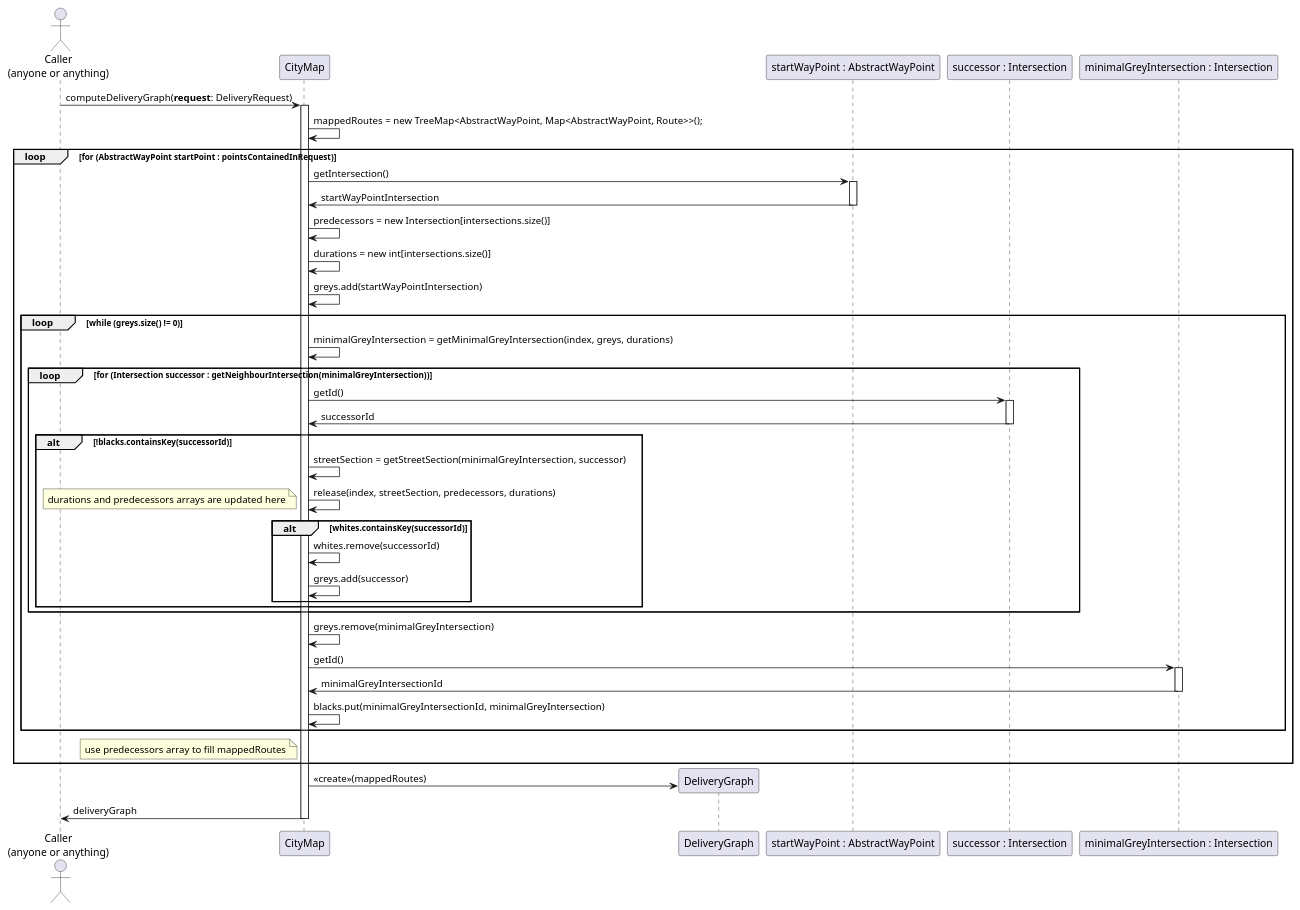
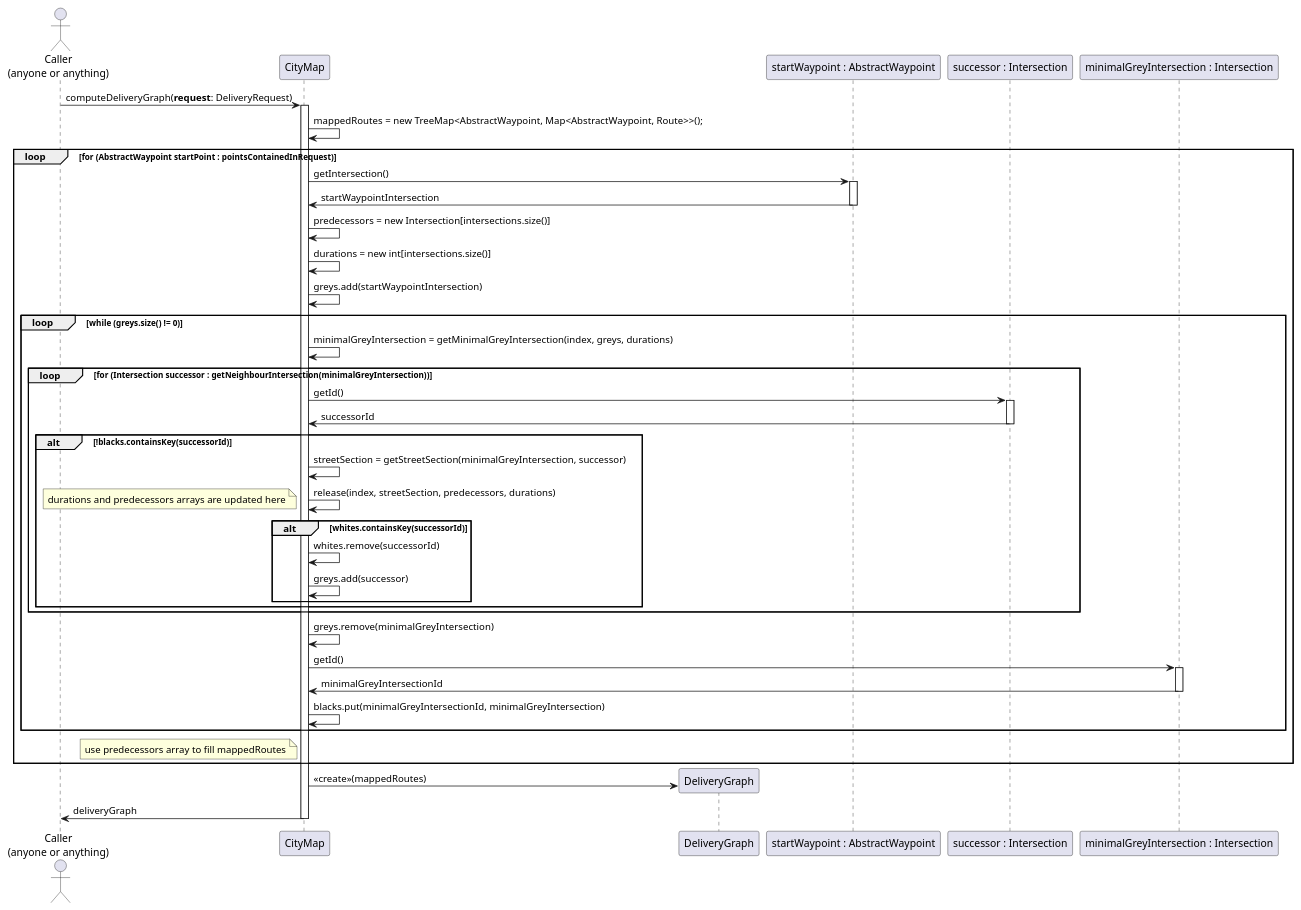
Before and after one commit to if-h4102/pld-agile: the diagram in docs/uml/sequence-diagram-dijkstra.puml, drawn with PlantUML. The commit also changed 39 other files, not shown here.

```diff
--- a/docs/uml/sequence-diagram-dijkstra.puml
+++ b/docs/uml/sequence-diagram-dijkstra.puml
@@ -1,56 +1,56 @@
 @startuml
 actor "Caller\n(anyone or anything)" as CPS
 participant CityMap as CM
 participant DeliveryGraph as DG
-participant "startWayPoint : AbstractWayPoint" as SWP
+participant "startWaypoint : AbstractWaypoint" as SWP
 participant "successor : Intersection" as S
 participant "minimalGreyIntersection : Intersection" as MGI
 
 
 CPS -> CM : computeDeliveryGraph(**request**: DeliveryRequest)
 activate CM
-CM -> CM : mappedRoutes = new TreeMap<AbstractWayPoint, Map<AbstractWayPoint, Route>>();
-loop for (AbstractWayPoint startPoint : pointsContainedInRequest)
+CM -> CM : mappedRoutes = new TreeMap<AbstractWaypoint, Map<AbstractWaypoint, Route>>();
+loop for (AbstractWaypoint startPoint : pointsContainedInRequest)
     CM -> SWP : getIntersection()
     activate SWP
-    CM <- SWP : startWayPointIntersection
+    CM <- SWP : startWaypointIntersection
     deactivate SWP
     CM -> CM : predecessors = new Intersection[intersections.size()]
     CM -> CM : durations = new int[intersections.size()]
-    CM -> CM : greys.add(startWayPointIntersection)
+    CM -> CM : greys.add(startWaypointIntersection)
     loop while (greys.size() != 0)
         CM -> CM : minimalGreyIntersection = getMinimalGreyIntersection(index, greys, durations)
         loop for (Intersection successor : getNeighbourIntersection(minimalGreyIntersection))
             CM -> S : getId()
             activate S
             CM <- S : successorId
             deactivate S
             alt !blacks.containsKey(successorId)
                 CM -> CM : streetSection = getStreetSection(minimalGreyIntersection, successor)
                 CM -> CM : release(index, streetSection, predecessors, durations)
                 note left
                     durations and predecessors arrays are updated here
                 end note
                 alt whites.containsKey(successorId)
                     CM -> CM : whites.remove(successorId)
                     CM -> CM : greys.add(successor)
                 end
             end
         end
         CM -> CM : greys.remove(minimalGreyIntersection)
         CM -> MGI : getId()
         activate MGI
         CM <- MGI : minimalGreyIntersectionId
         deactivate MGI
         CM -> CM : blacks.put(minimalGreyIntersectionId, minimalGreyIntersection)
     end
     note left of CM
         use predecessors array to fill mappedRoutes
     end note
 end
 create DG
 CM -> DG : <<create>>(mappedRoutes)
 CPS <- CM : deliveryGraph
 deactivate CM
 
 @enduml
```
